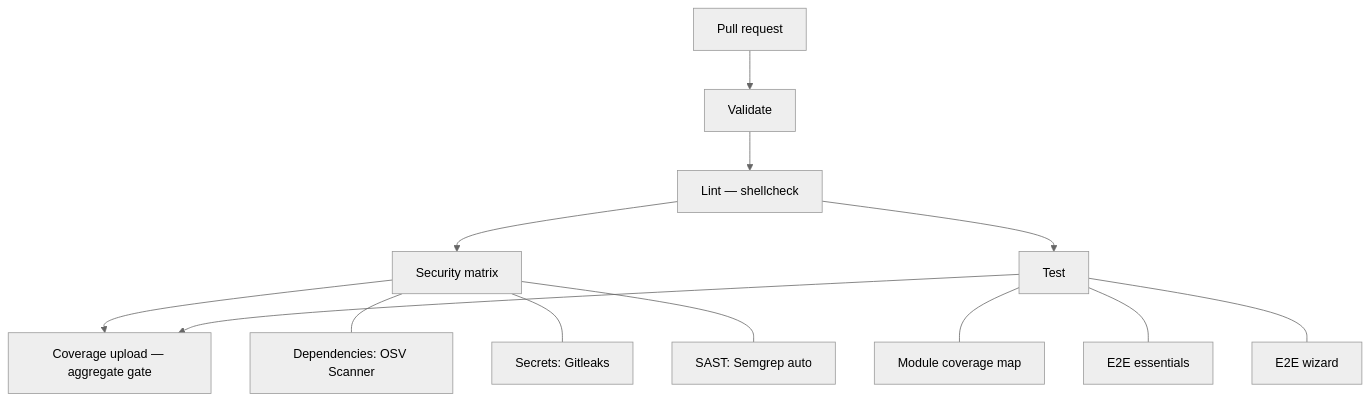
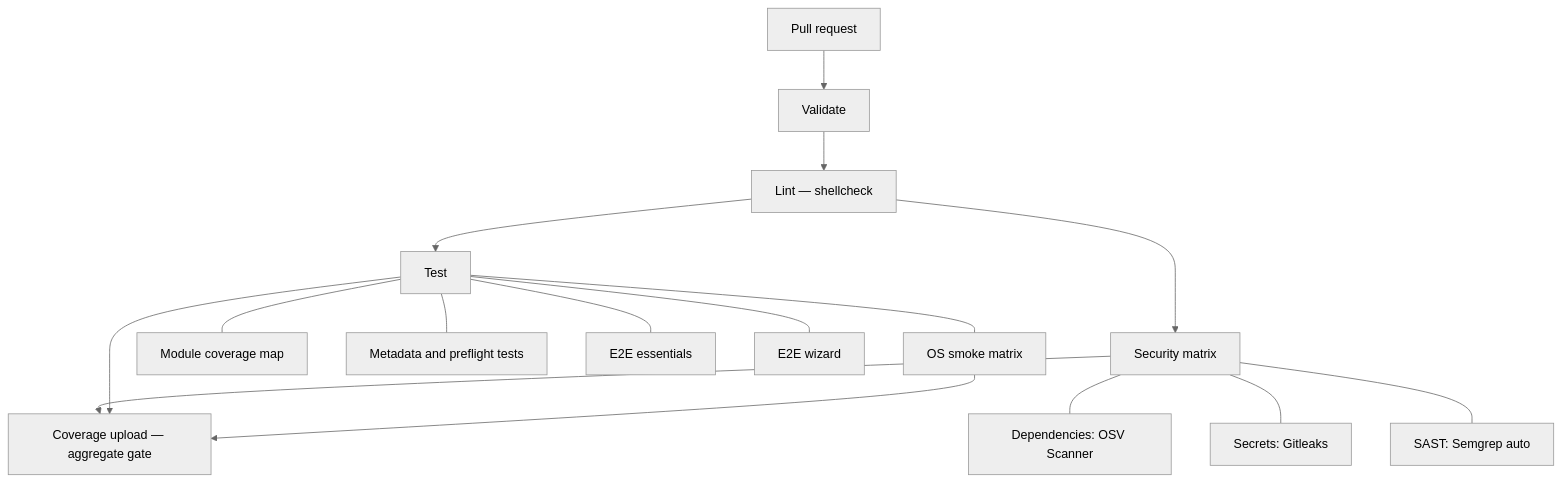
The second of 2 diagrams in WORKFLOWS.md (jooservices/server-installer), drawn with Mermaid (neutral theme) before and after one commit. The commit also changed other lines of this file and 28 other files, not shown here.

````diff
--- a/WORKFLOWS.md
+++ b/WORKFLOWS.md
@@ -45,16 +47,19 @@
 ```mermaid
 flowchart TD
     PR[Pull request] --> V[Validate]
     V --> L[Lint — shellcheck]
     L --> S[Security matrix]
     L --> T[Test]
     S --> C[Coverage upload — aggregate gate]
     T --> C
 
     S --- S1[Dependencies: OSV Scanner]
     S --- S2[Secrets: Gitleaks]
     S --- S3[SAST: Semgrep auto]
     T --- T1[Module coverage map]
-    T --- T2[E2E essentials]
-    T --- T3[E2E wizard]
+    T --- T2[Metadata and preflight tests]
+    T --- T3[E2E essentials]
+    T --- T4[E2E wizard]
+    T --- T5[OS smoke matrix]
+    T5 --> C
 ```
````
